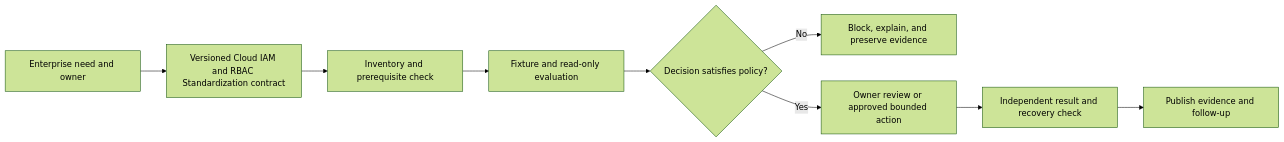
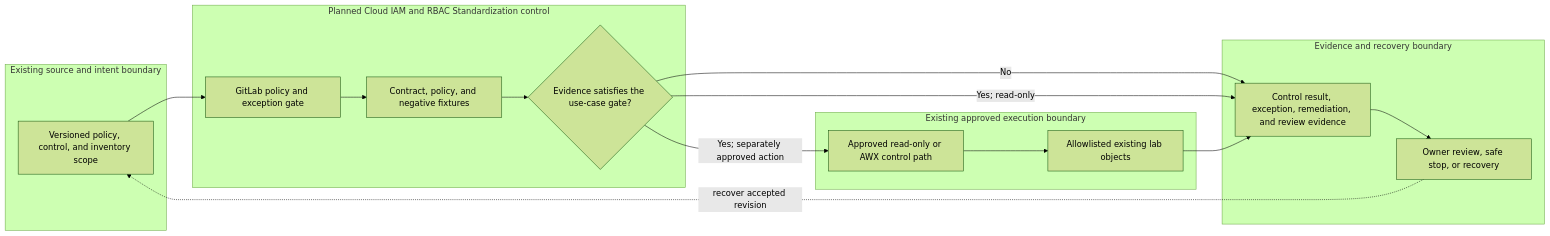
The diagram in docs/use-cases/governance/UC-GOV-004-cloud-iam-and-rbac-standardization.md (MIDHTECH/enterprise-architecture-docs), drawn with Mermaid (forest theme) before and after one commit. The commit also changed other lines of this file and 227 other files, not shown here.

Commit message:
Deepen architecture for all use case designs

````diff
--- a/docs/use-cases/governance/UC-GOV-004-cloud-iam-and-rbac-standardization.md
+++ b/docs/use-cases/governance/UC-GOV-004-cloud-iam-and-rbac-standardization.md
@@ -136,11 +129,25 @@
 ```mermaid
 flowchart LR
-    Need["Enterprise need and owner"] --> Contract["Versioned Cloud IAM and RBAC Standardization contract"]
-    Contract --> Preflight["Inventory and prerequisite check"]
-    Preflight --> Evaluate["Fixture and read-only evaluation"]
-    Evaluate --> Decision{"Decision satisfies policy?"}
-    Decision -->|No| Stop["Block, explain, and preserve evidence"]
-    Decision -->|Yes| Review["Owner review or approved bounded action"]
-    Review --> Verify["Independent result and recovery check"]
-    Verify --> Publish["Publish evidence and follow-up"]
+    subgraph Source["Existing source and intent boundary"]
+        A["Versioned policy, control, and inventory scope"]
+    end
+    subgraph Planned["Planned Cloud IAM and RBAC Standardization control"]
+        B["GitLab policy and exception gate"]
+        C["Contract, policy, and negative fixtures"]
+        D{"Evidence satisfies the use-case gate?"}
+    end
+    subgraph Runtime["Existing approved execution boundary"]
+        E["Approved read-only or AWX control path"]
+        F["Allowlisted existing lab objects"]
+    end
+    subgraph Assurance["Evidence and recovery boundary"]
+        G["Control result, exception, remediation, and review evidence"]
+        H["Owner review, safe stop, or recovery"]
+    end
+
+    A --> B --> C --> D
+    D -->|No| G --> H
+    D -->|Yes; read-only| G
+    D -->|Yes; separately approved action| E --> F --> G
+    H -. recover accepted revision .-> A
 ```
````
